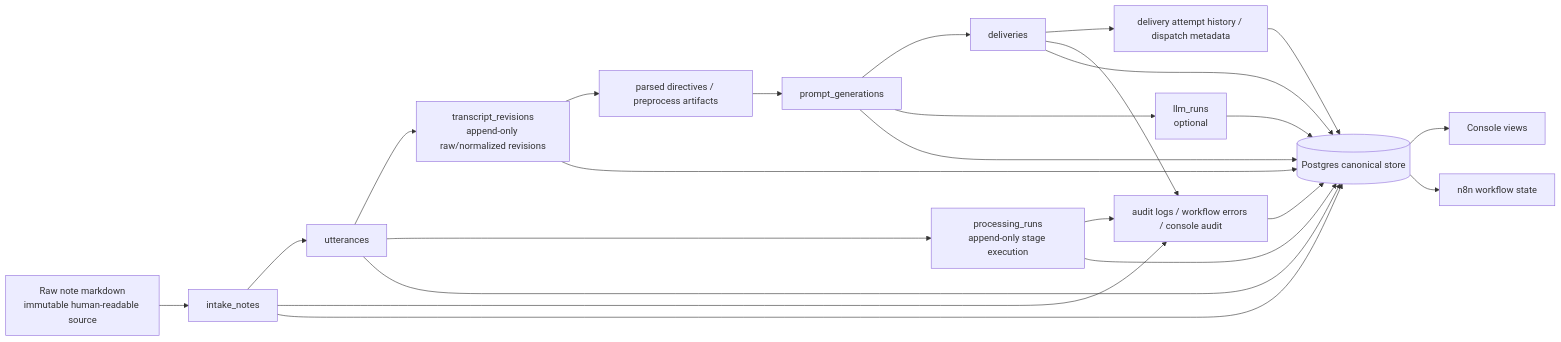
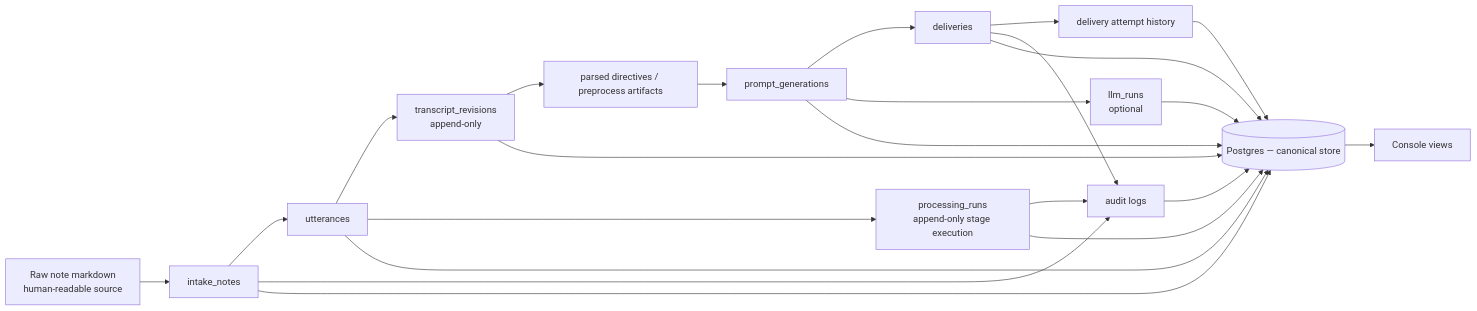
The fourth of 9 diagrams in docs/promptforge-system-architecture.md (ngallodev-software/stt-n8n-promptbuilder), drawn with Mermaid before and after one commit. The commit also changed other lines of this file and 27 other files, not shown here.

````diff
--- a/docs/promptforge-system-architecture.md
+++ b/docs/promptforge-system-architecture.md
@@ -184,39 +161,37 @@
 ```mermaid
 flowchart LR
-  raw[Raw note markdown<br/>immutable human-readable source]
+  raw[Raw note markdown<br/>human-readable source]
   intake[intake_notes]
   utter[utterances]
-  rev[transcript_revisions<br/>append-only raw/normalized revisions]
+  rev[transcript_revisions<br/>append-only]
   runs[processing_runs<br/>append-only stage execution]
   parsed[parsed directives / preprocess artifacts]
   prompt[prompt_generations]
   llmruns[llm_runs<br/>optional]
   deliv[deliveries]
-  attempts[delivery attempt history / dispatch metadata]
-  logs[audit logs / workflow errors / console audit]
-  pg[(Postgres canonical store)]
+  attempts[delivery attempt history]
+  logs[audit logs]
+  pg[(Postgres — canonical store)]
   ui[Console views]
-  n8n[n8n workflow state]
 
   raw --> intake --> utter --> rev
   utter --> runs
   rev --> parsed --> prompt
   prompt --> deliv --> attempts
   prompt --> llmruns
   intake --> logs
   runs --> logs
   deliv --> logs
 
   intake --> pg
   utter --> pg
   rev --> pg
   runs --> pg
   prompt --> pg
   llmruns --> pg
   deliv --> pg
   attempts --> pg
   logs --> pg
 
   pg --> ui
-  pg --> n8n
 ```
````
